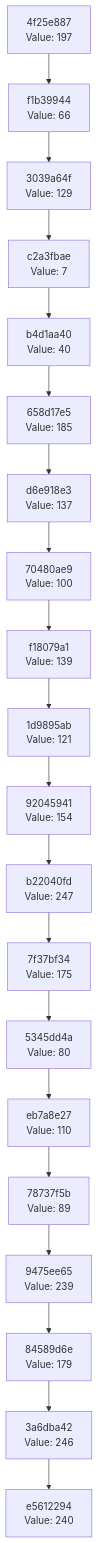
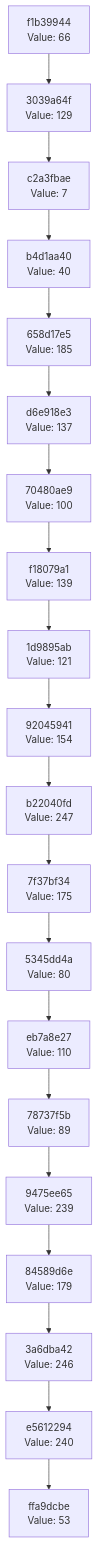
The diagram in docs/CHAIN_VISUALIZATION.md (Abhisheksinha1506/hash-chain-evolver), drawn with Mermaid before and after one commit. The commit also changed 2 other files, not shown here.

Commit message:
Evolution Step

````diff
--- a/docs/CHAIN_VISUALIZATION.md
+++ b/docs/CHAIN_VISUALIZATION.md
@@ -3,42 +3,42 @@
 ```mermaid
 graph TD
-    C0["e5612294<br/>Value: 240"]
-    C1["3a6dba42<br/>Value: 246"]
+    C0["ffa9dcbe<br/>Value: 53"]
+    C1["e5612294<br/>Value: 240"]
     C1 --> C0
-    C2["84589d6e<br/>Value: 179"]
+    C2["3a6dba42<br/>Value: 246"]
     C2 --> C1
-    C3["9475ee65<br/>Value: 239"]
+    C3["84589d6e<br/>Value: 179"]
     C3 --> C2
-    C4["78737f5b<br/>Value: 89"]
+    C4["9475ee65<br/>Value: 239"]
     C4 --> C3
-    C5["eb7a8e27<br/>Value: 110"]
+    C5["78737f5b<br/>Value: 89"]
     C5 --> C4
-    C6["5345dd4a<br/>Value: 80"]
+    C6["eb7a8e27<br/>Value: 110"]
     C6 --> C5
-    C7["7f37bf34<br/>Value: 175"]
+    C7["5345dd4a<br/>Value: 80"]
     C7 --> C6
-    C8["b22040fd<br/>Value: 247"]
+    C8["7f37bf34<br/>Value: 175"]
     C8 --> C7
-    C9["92045941<br/>Value: 154"]
+    C9["b22040fd<br/>Value: 247"]
     C9 --> C8
-    C10["1d9895ab<br/>Value: 121"]
+    C10["92045941<br/>Value: 154"]
     C10 --> C9
-    C11["f18079a1<br/>Value: 139"]
+    C11["1d9895ab<br/>Value: 121"]
     C11 --> C10
-    C12["70480ae9<br/>Value: 100"]
+    C12["f18079a1<br/>Value: 139"]
     C12 --> C11
-    C13["d6e918e3<br/>Value: 137"]
+    C13["70480ae9<br/>Value: 100"]
     C13 --> C12
-    C14["658d17e5<br/>Value: 185"]
+    C14["d6e918e3<br/>Value: 137"]
     C14 --> C13
-    C15["b4d1aa40<br/>Value: 40"]
+    C15["658d17e5<br/>Value: 185"]
     C15 --> C14
-    C16["c2a3fbae<br/>Value: 7"]
+    C16["b4d1aa40<br/>Value: 40"]
     C16 --> C15
-    C17["3039a64f<br/>Value: 129"]
+    C17["c2a3fbae<br/>Value: 7"]
     C17 --> C16
-    C18["f1b39944<br/>Value: 66"]
+    C18["3039a64f<br/>Value: 129"]
     C18 --> C17
-    C19["4f25e887<br/>Value: 197"]
+    C19["f1b39944<br/>Value: 66"]
     C19 --> C18
 ```
````
